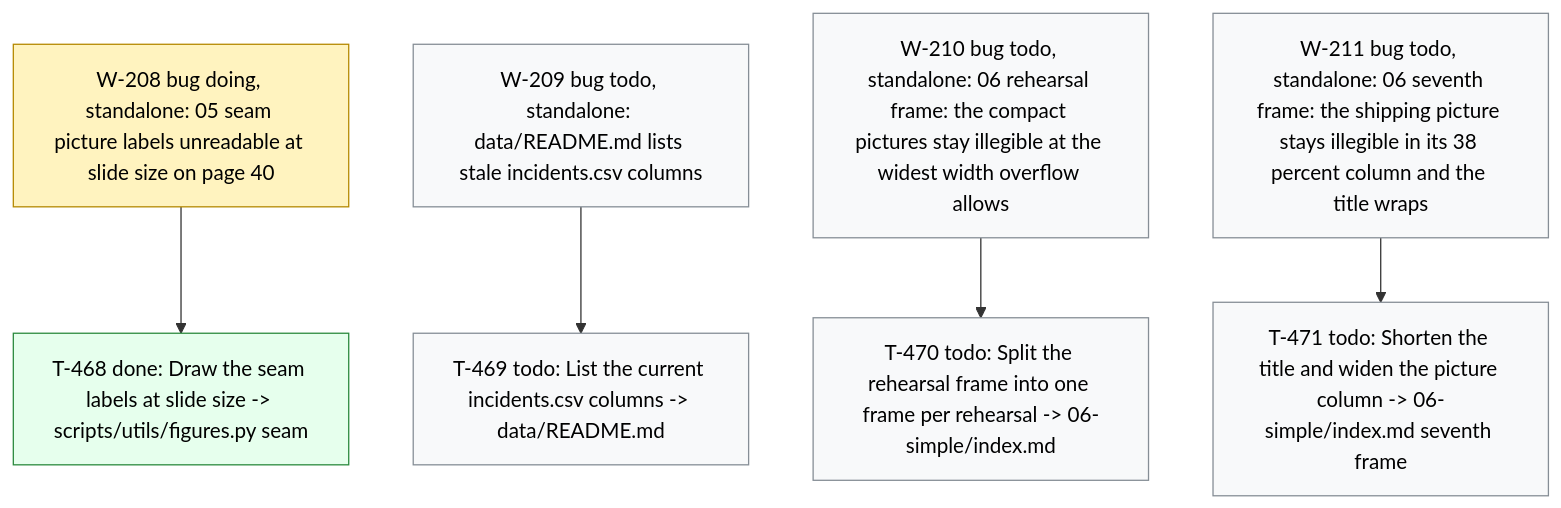
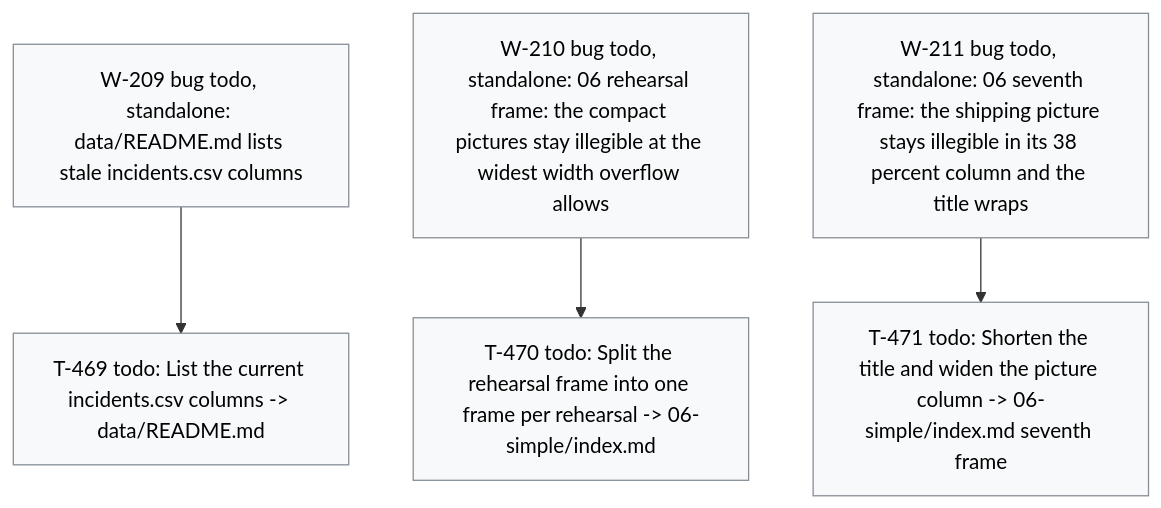
The diagram in .board/BOARD.md (dpopchev/chaos-to-simple), drawn with Mermaid before and after one commit. The commit also changed other lines of this file and 3 other files, not shown here.

````diff
--- a/.board/BOARD.md
+++ b/.board/BOARD.md
@@ -1229,19 +1234,15 @@
 ```mermaid
 flowchart TD
-  W208["W-208 bug doing, standalone: 05 seam picture labels unreadable at slide size on page 40"]
-  W208 --> T468["T-468 done: Draw the seam labels at slide size -> scripts/utils/figures.py seam"]
   W209["W-209 bug todo, standalone: data/README.md lists stale incidents.csv columns"]
   W209 --> T469["T-469 todo: List the current incidents.csv columns -> data/README.md"]
   W210["W-210 bug todo, standalone: 06 rehearsal frame: the compact pictures stay illegible at the widest width overflow allows"]
   W210 --> T470["T-470 todo: Split the rehearsal frame into one frame per rehearsal -> 06-simple/index.md"]
   W211["W-211 bug todo, standalone: 06 seventh frame: the shipping picture stays illegible in its 38 percent column and the title wraps"]
   W211 --> T471["T-471 todo: Shorten the title and widen the picture column -> 06-simple/index.md seventh frame"]
   classDef doing fill:#fff3bf,stroke:#b58900,color:#000;
   classDef blocked fill:#ffe3e3,stroke:#c92a2a,color:#000;
   classDef done fill:#e6ffed,stroke:#2b8a3e,color:#000;
   classDef todo fill:#f8f9fa,stroke:#868e96,color:#000;
   classDef pruned fill:#f1f3f5,stroke:#adb5bd,color:#000;
-  class W208 doing
-  class T468 done
   class W209,T469,W210,T470,W211,T471 todo
 ```
````
